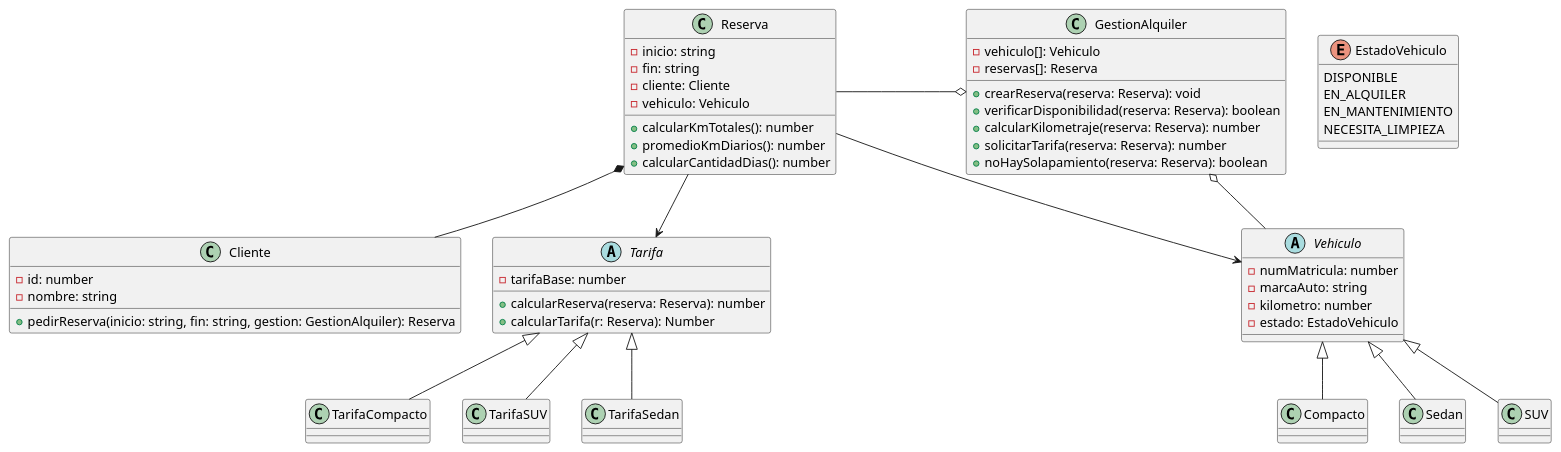
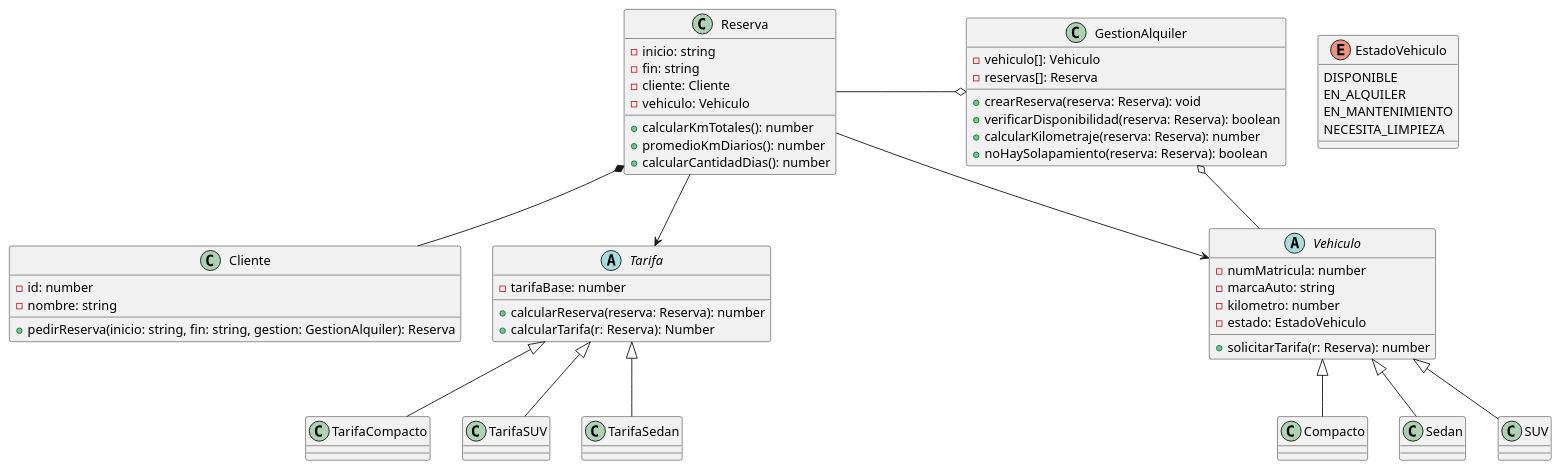
The diagram in diagrama/Diagrama_de_clases.puml (Nash-Blip/Programaci-n-II), drawn with PlantUML before and after one commit. The commit also changed 1 other file, not shown here.

Commit message:
Finalización de metodos clase gestionAlquiler y  cambios en el diagrama

```diff
--- a/diagrama/Diagrama_de_clases.puml
+++ b/diagrama/Diagrama_de_clases.puml
@@ -1,84 +1,84 @@
 @startuml practico
 
 class GestionAlquiler{
     - vehiculo[]: Vehiculo
     - reservas[]: Reserva
     + crearReserva(reserva: Reserva): void
     + verificarDisponibilidad(reserva: Reserva): boolean
     + calcularKilometraje(reserva: Reserva): number
-    + solicitarTarifa(reserva: Reserva): number
     + noHaySolapamiento(reserva: Reserva): boolean
 }
 
 enum EstadoVehiculo {
   DISPONIBLE
   EN_ALQUILER
   EN_MANTENIMIENTO
   NECESITA_LIMPIEZA
 }
 
 class Cliente{
     - id: number
     - nombre: string
     + pedirReserva(inicio: string, fin: string, gestion: GestionAlquiler): Reserva
 }
 
 class Reserva{
     - inicio: string
     - fin: string
     - cliente: Cliente
     - vehiculo: Vehiculo
     
     +calcularKmTotales(): number
     +promedioKmDiarios(): number
     +calcularCantidadDias(): number
 
 }
 
 abstract class Vehiculo{
     - numMatricula: number
     - marcaAuto: string
     - kilometro: number
     - estado: EstadoVehiculo
+    + solicitarTarifa(r: Reserva): number
 }
 
 class Compacto extends Vehiculo
 class Sedan extends Vehiculo
 class SUV extends Vehiculo
 
 abstract class Tarifa{
     - tarifaBase: number
     + calcularReserva(reserva: Reserva): number
     + calcularTarifa(r: Reserva): Number
 }
 
 class TarifaCompacto extends Tarifa
 class TarifaSUV extends Tarifa
 class TarifaSedan extends Tarifa
 
 GestionAlquiler o-r- Vehiculo
 GestionAlquiler o-l- Reserva
 Reserva --> Tarifa
 Reserva --> Vehiculo
 Reserva *-- Cliente
 
 note right of TarifaCompacto::calcularReserva
 Base: $30 * días
 + exceso si >100km/día
 end note
 
 note right of TarifaSedan::calcularReserva
 Base: $50 * días
 + $0.20 por km total
 end note
 
 note right of TarifaSUV::calcularReserva
 Base: ($80 + $15 seguro) * días
 + exceso si >500 km total
 end note
 
 note left of Reserva::getKmDiarios()
 devuelve el promedio de km recorridos por dia (KmTotales/cantidad de dias)
 end note
 
 @enduml
```
